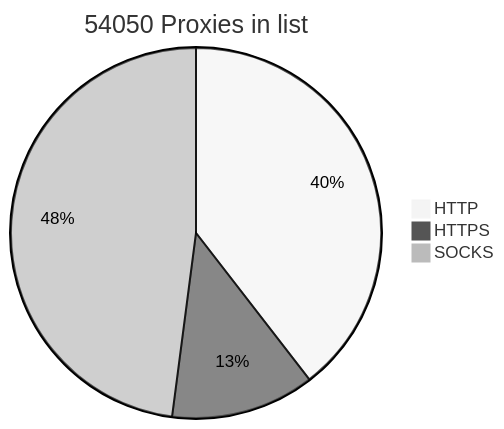
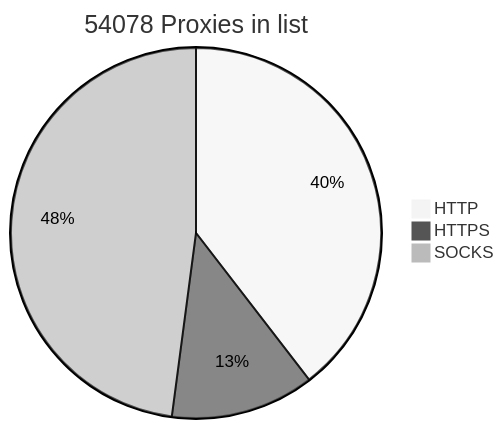
Before and after one commit to BlackSnowDot/proxylist-update-every-minute: the diagram in README.md, drawn with Mermaid (neutral theme).

````diff
--- a/README.md
+++ b/README.md
@@ -2,6 +2,6 @@
 ```mermaid
-pie title 54050 Proxies in list
-    "HTTP" : 23906
+pie title 54078 Proxies in list
+    "HTTP" : 23934
     "HTTPS": 7590
     "SOCKS" : 28999
 ```
````
